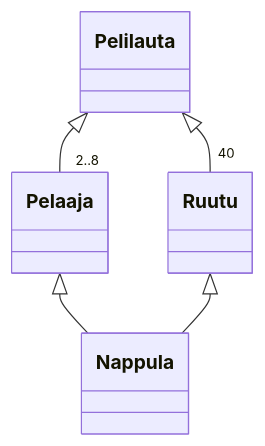
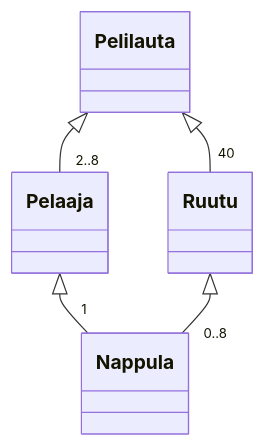
One commit to tapsamies/ot-harjoitustyo changed the diagram in laskarit/viikko3/luokkkakaavio.md. Above: the diagram before and after it, drawn with Mermaid.

````diff
--- a/laskarit/viikko3/luokkkakaavio.md
+++ b/laskarit/viikko3/luokkkakaavio.md
@@ -1,20 +1,20 @@
 ```mermaid
 classDiagram
 	Pelilauta <|-- "40" Ruutu
-	Pelaaja <|-- Nappula
-	Ruutu <|-- Nappula
+	Pelaaja <|-- "1" Nappula
+	Ruutu <|-- "0..8" Nappula
 	Pelilauta <|-- "2..8" Pelaaja
 	
 	
 
 
 
 
 
 
 
 
 
 
 
 ```
````
